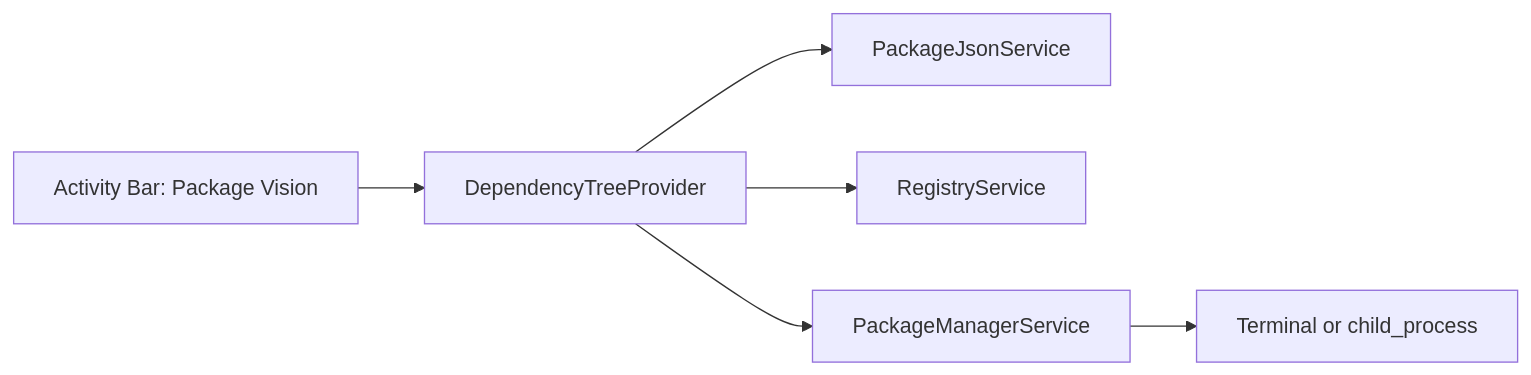
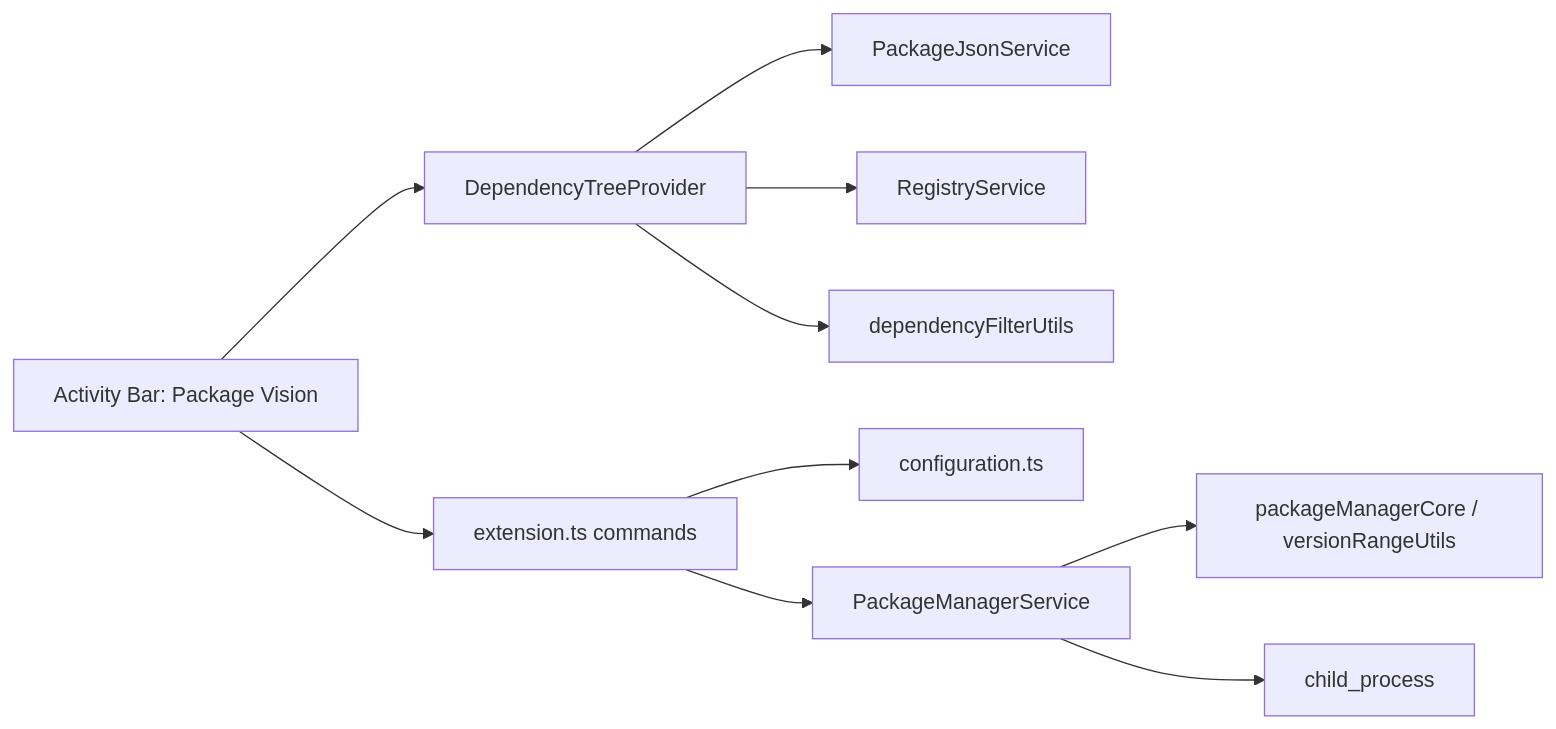
The diagram in docs/technical-design.md (zongpengz/package-vision), drawn with Mermaid before and after one commit. The commit also changed other lines of this file and 8 other files, not shown here.

````diff
--- a/docs/technical-design.md
+++ b/docs/technical-design.md
@@ -43,8 +43,12 @@
 ```mermaid
 flowchart LR
   A["Activity Bar: Package Vision"] --> B["DependencyTreeProvider"]
   B --> C["PackageJsonService"]
   B --> D["RegistryService"]
-  B --> E["PackageManagerService"]
-  E --> F["Terminal or child_process"]
+  B --> E["dependencyFilterUtils"]
+  A --> F["extension.ts commands"]
+  F --> G["configuration.ts"]
+  F --> H["PackageManagerService"]
+  H --> I["packageManagerCore / versionRangeUtils"]
+  H --> J["child_process"]
 ```
````
